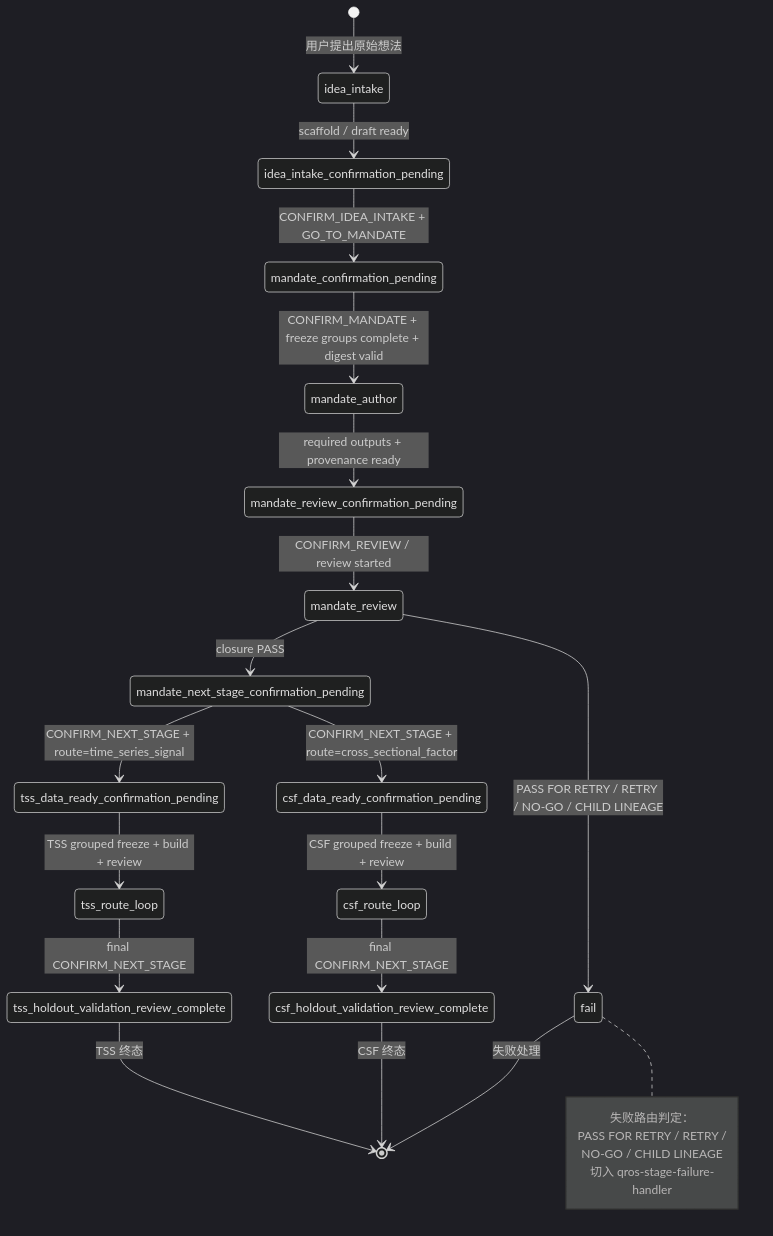
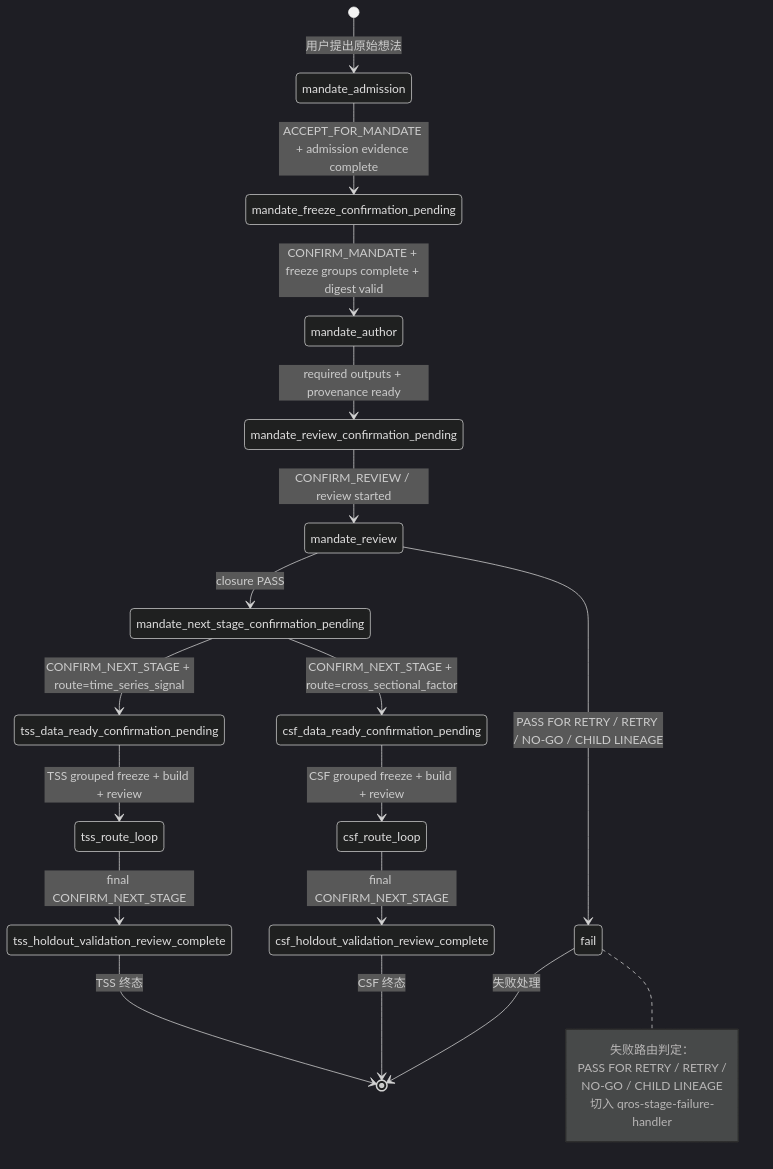
The seventh of 10 diagrams in docs/guides/how-qros-works.md (web3qt/quant-research-os), drawn with Mermaid (dark theme) before and after one commit. The commit also changed other lines of this file and 49 other files, not shown here.

Commit message:
Align docs with mandate admission flow

````diff
--- a/docs/guides/how-qros-works.md
+++ b/docs/guides/how-qros-works.md
@@ -244,34 +242,32 @@
 ```mermaid
 stateDiagram-v2
-    [*] --> idea_intake: 用户提出原始想法
+    [*] --> mandate_admission: 用户提出原始想法
 
-    idea_intake --> idea_intake_confirmation_pending: scaffold / draft ready
-    idea_intake_confirmation_pending --> mandate_confirmation_pending: CONFIRM_IDEA_INTAKE + GO_TO_MANDATE
-
-    mandate_confirmation_pending --> mandate_author: CONFIRM_MANDATE + freeze groups complete + digest valid
+    mandate_admission --> mandate_freeze_confirmation_pending: ACCEPT_FOR_MANDATE + admission evidence complete
+    mandate_freeze_confirmation_pending --> mandate_author: CONFIRM_MANDATE + freeze groups complete + digest valid
     mandate_author --> mandate_review_confirmation_pending: required outputs + provenance ready
     mandate_review_confirmation_pending --> mandate_review: CONFIRM_REVIEW / review started
     mandate_review --> mandate_next_stage_confirmation_pending: closure PASS
     mandate_review --> fail: PASS FOR RETRY / RETRY / NO-GO / CHILD LINEAGE
 
     mandate_next_stage_confirmation_pending --> tss_data_ready_confirmation_pending: CONFIRM_NEXT_STAGE + route=time_series_signal
     mandate_next_stage_confirmation_pending --> csf_data_ready_confirmation_pending: CONFIRM_NEXT_STAGE + route=cross_sectional_factor
 
     tss_data_ready_confirmation_pending --> tss_route_loop: TSS grouped freeze + build + review
     tss_route_loop --> tss_holdout_validation_review_complete: final CONFIRM_NEXT_STAGE
 
     csf_data_ready_confirmation_pending --> csf_route_loop: CSF grouped freeze + build + review
     csf_route_loop --> csf_holdout_validation_review_complete: final CONFIRM_NEXT_STAGE
 
     tss_holdout_validation_review_complete --> [*]: TSS 终态
     csf_holdout_validation_review_complete --> [*]: CSF 终态
 
     fail --> [*]: 失败处理
 
     note right of fail
         失败路由判定：
         PASS FOR RETRY / RETRY /
         NO-GO / CHILD LINEAGE
         切入 qros-stage-failure-handler
     end note
 ```
````
